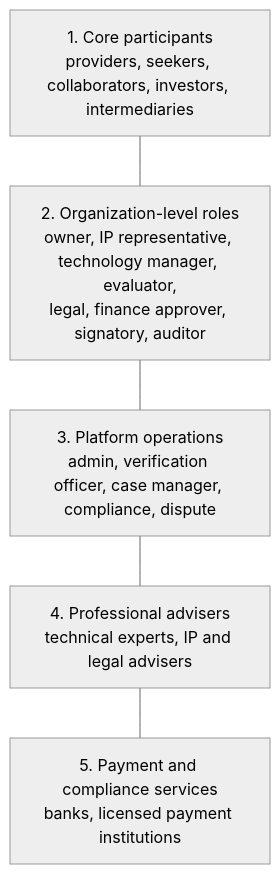
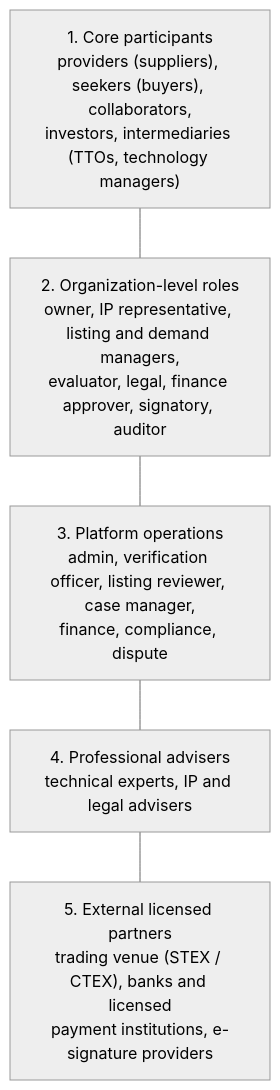
The first of 12 diagrams in 07-roles-workflows-and-money.md (greensoft-atom/tex-platform), drawn with Mermaid (neutral theme) before and after one commit. The commit also changed other lines of this file and 615 other files, not shown here.

````diff
--- a/07-roles-workflows-and-money.md
+++ b/07-roles-workflows-and-money.md
@@ -39,12 +42,12 @@
 ```mermaid
 flowchart TB
-    L1["1. Core participants<br/>providers, seekers, collaborators, investors, intermediaries"]
-    L2["2. Organization-level roles<br/>owner, IP representative, technology manager, evaluator,<br/>legal, finance approver, signatory, auditor"]
-    L3["3. Platform operations<br/>admin, verification officer, case manager, compliance, dispute"]
+    L1["1. Core participants<br/>providers (suppliers), seekers (buyers), collaborators,<br/>investors, intermediaries (TTOs, technology managers)"]
+    L2["2. Organization-level roles<br/>owner, IP representative, listing and demand managers,<br/>evaluator, legal, finance approver, signatory, auditor"]
+    L3["3. Platform operations<br/>admin, verification officer, listing reviewer, case manager,<br/>finance, compliance, dispute"]
     L4["4. Professional advisers<br/>technical experts, IP and legal advisers"]
-    L5["5. Payment and compliance services<br/>banks, licensed payment institutions"]
+    L5["5. External licensed partners<br/>trading venue (STEX / CTEX), banks and licensed<br/>payment institutions, e-signature providers"]
     L1 --- L2
     L2 --- L3
     L3 --- L4
     L4 --- L5
 ```
````
